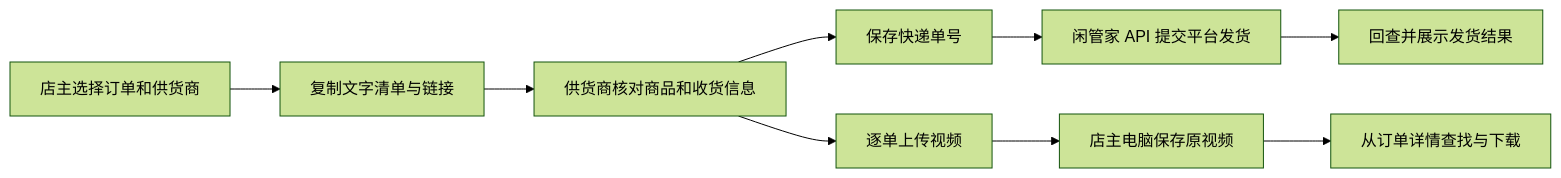
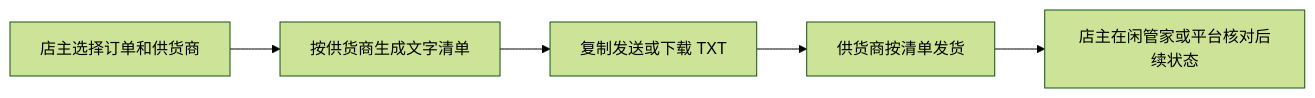
The diagram in README.md (huoyunpili/xiaomaipu), drawn with Mermaid (forest theme) before and after one commit. The commit also changed other lines of this file and 152 other files, not shown here.

````diff
--- a/README.md
+++ b/README.md
@@ -81,11 +61,7 @@
 ```mermaid
 flowchart LR
-    A[店主选择订单和供货商] --> B[复制文字清单与链接]
-    B --> C[供货商核对商品和收货信息]
-    C --> D[保存快递单号]
-    D --> E[闲管家 API 提交平台发货]
-    E --> F[回查并展示发货结果]
-    C --> G[逐单上传视频]
-    G --> H[店主电脑保存原视频]
-    H --> I[从订单详情查找与下载]
+    A[店主选择订单和供货商] --> B[按供货商生成文字清单]
+    B --> C[复制发送或下载 TXT]
+    C --> D[供货商按清单发货]
+    D --> E[店主在闲管家或平台核对后续状态]
 ```
````
